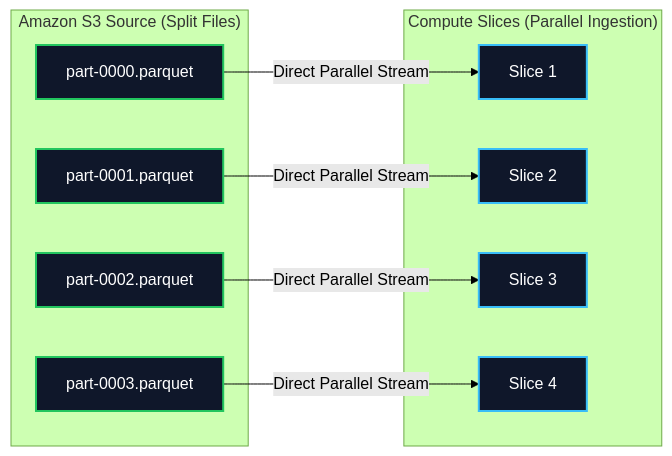
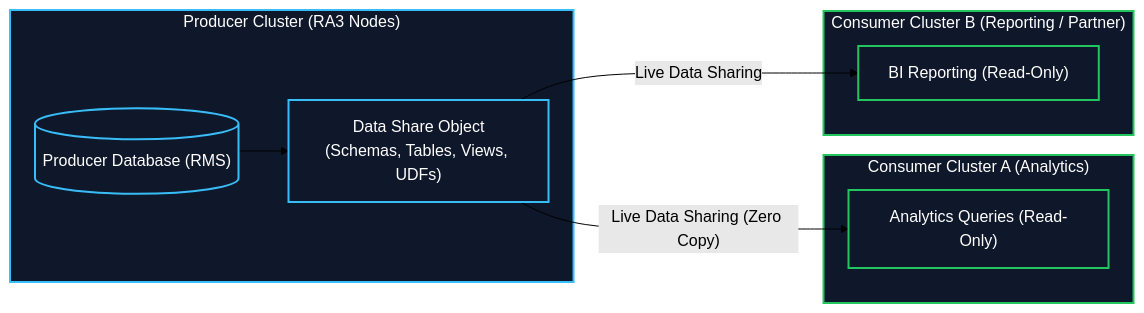
One commit to Wathon/aws-dea-c01-note changed the seventh of 9 diagrams in content/02-services/database/redshift.md. Above: the diagram before and after it, drawn with Mermaid (forest theme). The commit also changed other lines of this file, not shown here.

Commit message:
feat(redshift): comprehensively map and detail all 46 course slides (pages 220-265) into master study note

````diff
--- a/content/02-services/database/redshift.md
+++ b/content/02-services/database/redshift.md
@@ -220,27 +411,25 @@
 ```mermaid
 graph LR
-    subgraph S3Bucket["Amazon S3 Source (Split Files)"]
-        F1["part-0000.parquet"]
-        F2["part-0001.parquet"]
-        F3["part-0002.parquet"]
-        F4["part-0003.parquet"]
+    subgraph Producer["Producer Cluster (RA3 Nodes)"]
+        ProdDB[("Producer Database (RMS)")]
+        DataShare["Data Share Object<br/>(Schemas, Tables, Views, UDFs)"]
+        ProdDB --> DataShare
     end
 
-    subgraph RedshiftSlices["Compute Slices (Parallel Ingestion)"]
-        S1["Slice 1"]
-        S2["Slice 2"]
-        S3["Slice 3"]
-        S4["Slice 4"]
+    subgraph Consumer1["Consumer Cluster A (Analytics)"]
+        Query1["Analytics Queries (Read-Only)"]
     end
 
-    F1 -->|"Direct Parallel Stream"| S1
-    F2 -->|"Direct Parallel Stream"| S2
-    F3 -->|"Direct Parallel Stream"| S3
-    F4 -->|"Direct Parallel Stream"| S4
+    subgraph Consumer2["Consumer Cluster B (Reporting / Partner)"]
+        Query2["BI Reporting (Read-Only)"]
+    end
 
-    classDef s3 fill:#0f172a,stroke:#22c55e,stroke-width:2px,color:#fff;
-    classDef slice fill:#0f172a,stroke:#38bdf8,stroke-width:2px,color:#fff;
+    DataShare -->|"Live Data Sharing (Zero Copy)"| Query1
+    DataShare -->|"Live Data Sharing"| Query2
 
-    class F1,F2,F3,F4 s3;
-    class S1,S2,S3,S4 slice;
+    classDef prod fill:#0f172a,stroke:#38bdf8,stroke-width:2px,color:#fff;
+    classDef cons fill:#0f172a,stroke:#22c55e,stroke-width:2px,color:#fff;
+
+    class Producer,ProdDB,DataShare prod;
+    class Consumer1,Consumer2,Query1,Query2 cons;
 ```
````
